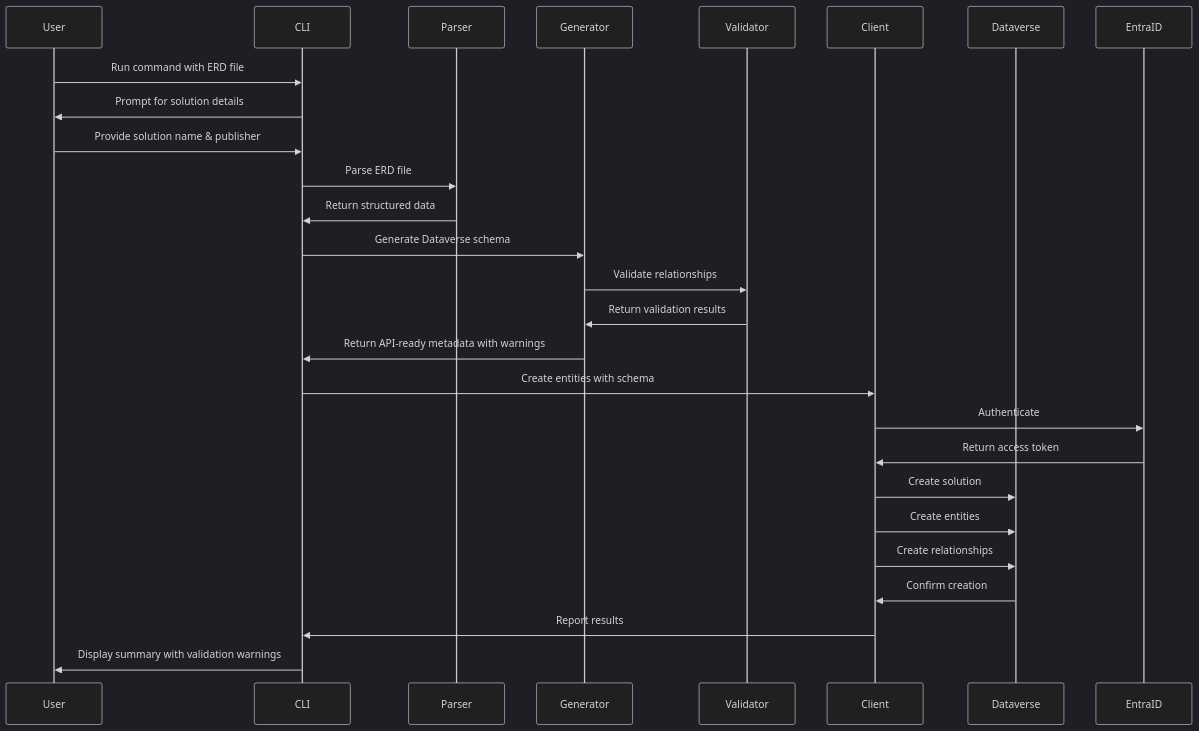
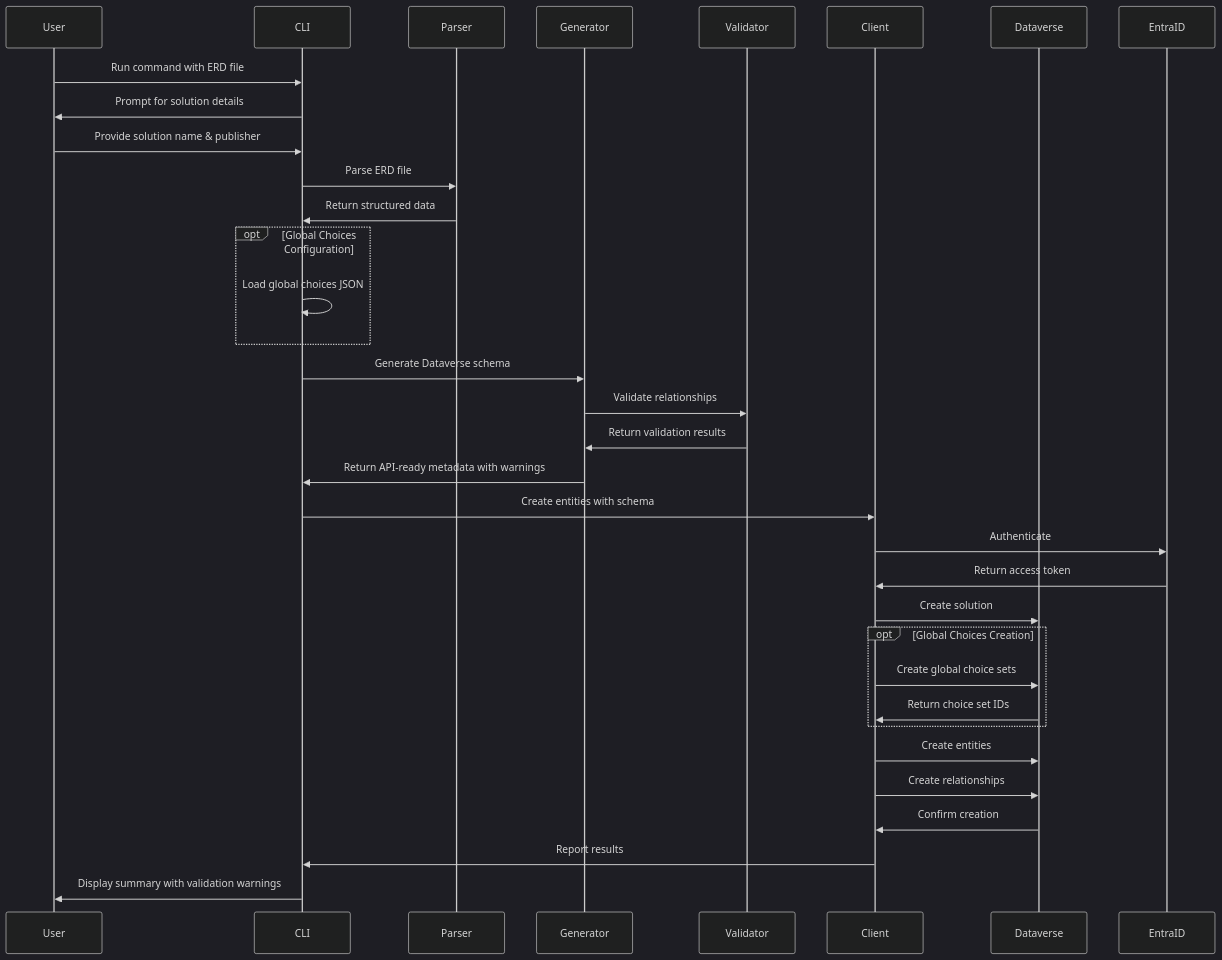
The second of 3 diagrams in docs/ARCHITECTURE.md (LuiseFreese/mermaid), drawn with Mermaid (dark theme) before and after one commit. The commit also changed other lines of this file and 1 other file, not shown here.

Commit message:
:memo: adds docs for global choice creation

````diff
--- a/docs/ARCHITECTURE.md
+++ b/docs/ARCHITECTURE.md
@@ -44,30 +53,41 @@
 ```mermaid
 sequenceDiagram
     participant User
     participant CLI
     participant Parser
     participant Generator
     participant Validator
     participant Client
     participant Dataverse
     participant EntraID
 
     User->>CLI: Run command with ERD file
     CLI->>User: Prompt for solution details
     User->>CLI: Provide solution name & publisher
     CLI->>Parser: Parse ERD file
     Parser->>CLI: Return structured data
+    
+    opt Global Choices Configuration
+        CLI->>CLI: Load global choices JSON
+    end
+    
     CLI->>Generator: Generate Dataverse schema
     Generator->>Validator: Validate relationships
     Validator->>Generator: Return validation results
     Generator->>CLI: Return API-ready metadata with warnings
     CLI->>Client: Create entities with schema
     Client->>EntraID: Authenticate
     EntraID->>Client: Return access token
     Client->>Dataverse: Create solution
+    
+    opt Global Choices Creation
+        Client->>Dataverse: Create global choice sets
+        Dataverse->>Client: Return choice set IDs
+    end
+    
     Client->>Dataverse: Create entities
     Client->>Dataverse: Create relationships
     Dataverse->>Client: Confirm creation
     Client->>CLI: Report results
     CLI->>User: Display summary with validation warnings
 ```
````
